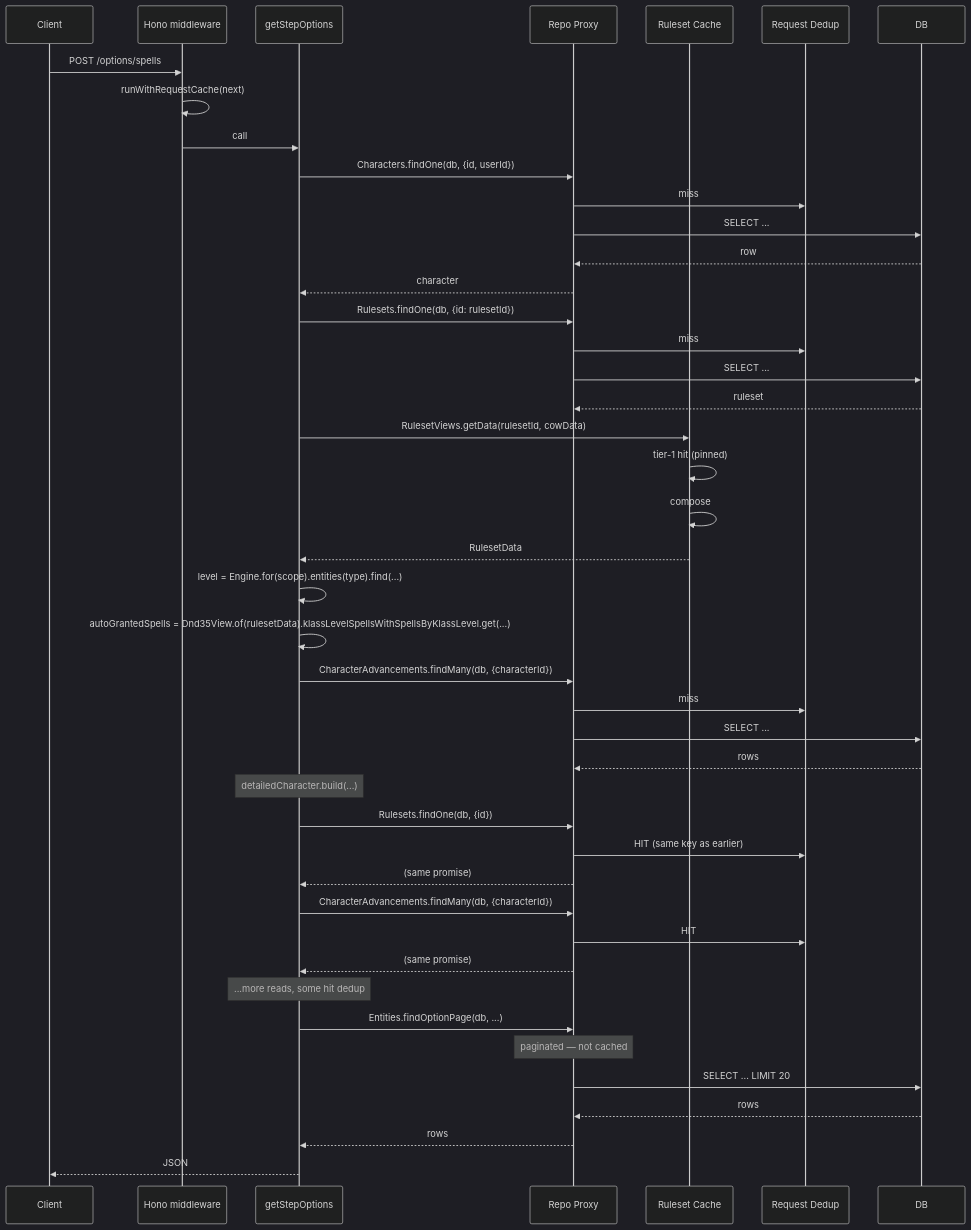
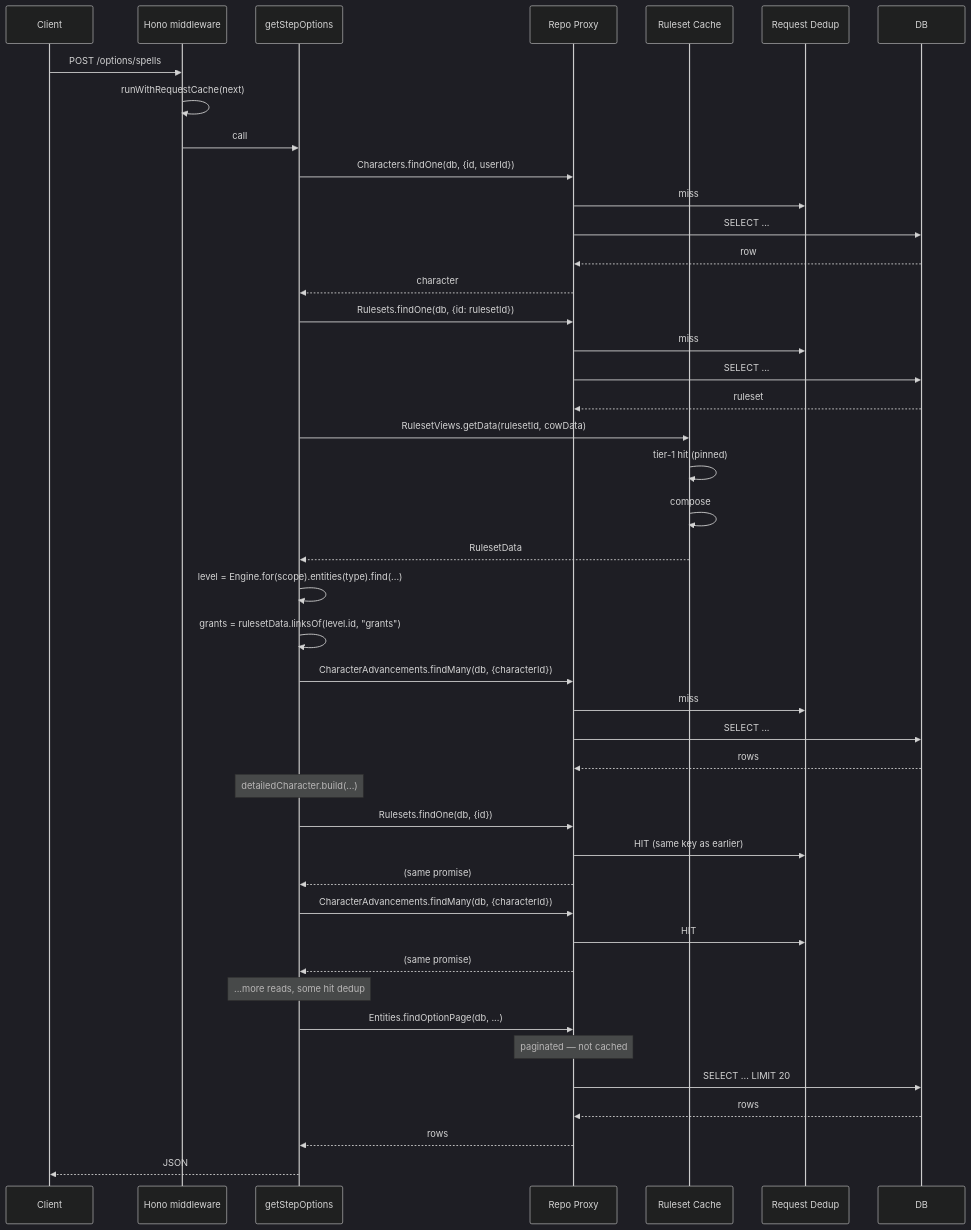
Before and after one commit to PhilippeChab/arkyvree: the seventh of 7 diagrams in docs/caching.md, drawn with Mermaid (dark theme). The commit also changed other lines of this file and 25 other files, not shown here.

````diff
--- a/docs/caching.md
+++ b/docs/caching.md
@@ -397,55 +397,55 @@
 ```mermaid
 sequenceDiagram
     participant Client
     participant Middle as Hono middleware
     participant Svc as getStepOptions
     participant Repo as Repo Proxy
     participant RS as Ruleset Cache
     participant Dedup as Request Dedup
     participant DB
 
     Client->>Middle: POST /options/spells
     Middle->>Middle: runWithRequestCache(next)
     Middle->>Svc: call
     Svc->>Repo: Characters.findOne(db, {id, userId})
     Repo->>Dedup: miss
     Repo->>DB: SELECT ...
     DB-->>Repo: row
     Repo-->>Svc: character
 
     Svc->>Repo: Rulesets.findOne(db, {id: rulesetId})
     Repo->>Dedup: miss
     Repo->>DB: SELECT ...
     DB-->>Repo: ruleset
 
     Svc->>RS: RulesetViews.getData(rulesetId, cowData)
     RS->>RS: tier-1 hit (pinned)
     RS->>RS: compose
     RS-->>Svc: RulesetData
 
     Svc->>Svc: level = Engine.for(scope).entities(type).find(...)
-    Svc->>Svc: autoGrantedSpells = Dnd35View.of(rulesetData).klassLevelSpellsWithSpellsByKlassLevel.get(...)
+    Svc->>Svc: grants = rulesetData.linksOf(level.id, "grants")
 
     Svc->>Repo: CharacterAdvancements.findMany(db, {characterId})
     Repo->>Dedup: miss
     Repo->>DB: SELECT ...
     DB-->>Repo: rows
 
     Note over Svc: detailedCharacter.build(...)
     Svc->>Repo: Rulesets.findOne(db, {id})
     Repo->>Dedup: HIT (same key as earlier)
     Repo-->>Svc: (same promise)
 
     Svc->>Repo: CharacterAdvancements.findMany(db, {characterId})
     Repo->>Dedup: HIT
     Repo-->>Svc: (same promise)
 
     Note over Svc: ...more reads, some hit dedup
 
     Svc->>Repo: Entities.findOptionPage(db, ...)
     Note over Repo: paginated — not cached
     Repo->>DB: SELECT ... LIMIT 20
     DB-->>Repo: rows
     Repo-->>Svc: rows
     Svc-->>Client: JSON
 ```
````
